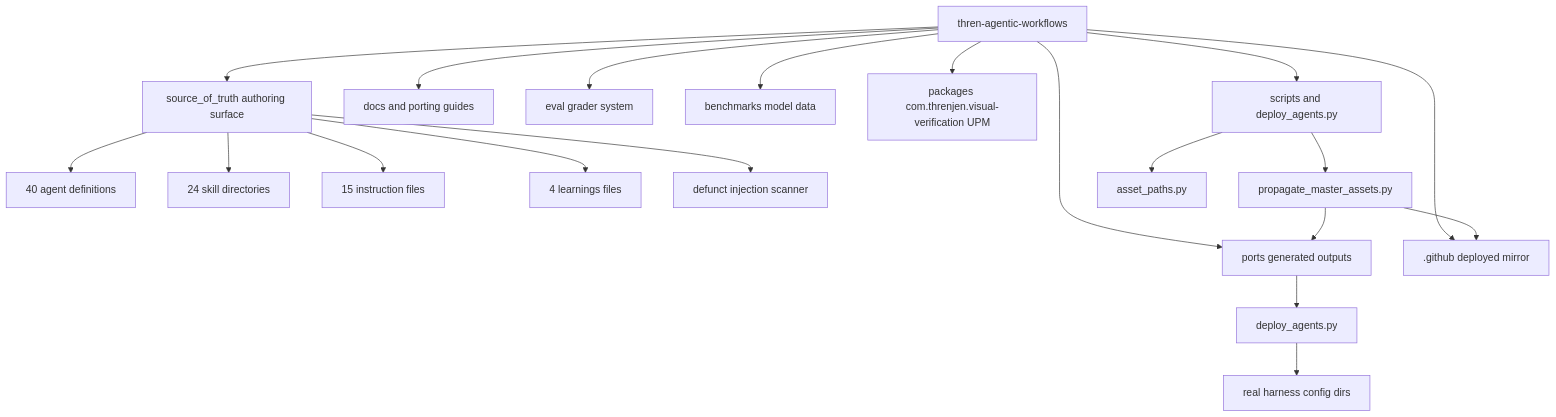
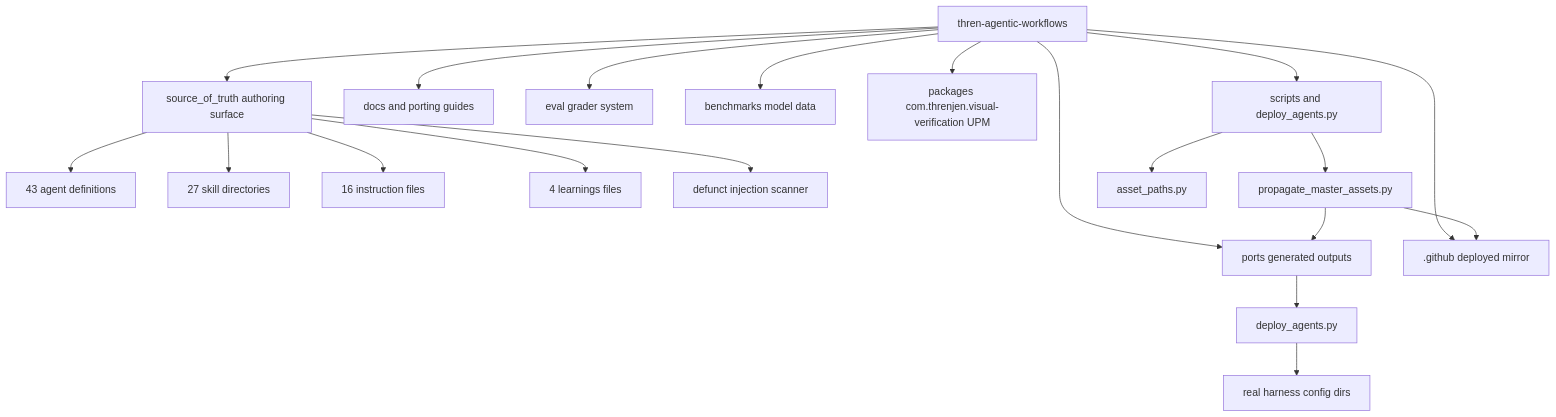
The first of 4 diagrams in docs/ARCHITECTURE.md (threnjen/thren-agentic-workflows), drawn with Mermaid before and after one commit. The commit also changed other lines of this file, not shown here.

Commit message:
docs: post-phase documentation sweep (architecture counts + engagement flow)

````diff
--- a/docs/ARCHITECTURE.md
+++ b/docs/ARCHITECTURE.md
@@ -23,26 +23,26 @@
 ```mermaid
 flowchart TD
     Root[thren-agentic-workflows]
 
     Root --> SOT[source_of_truth authoring surface]
     Root --> Ports[ports generated outputs]
     Root --> DotGithub[.github deployed mirror]
     Root --> Docs[docs and porting guides]
     Root --> Eval[eval grader system]
     Root --> Bench[benchmarks model data]
     Root --> Pkg[packages com.threnjen.visual-verification UPM]
     Root --> Scripts[scripts and deploy_agents.py]
 
-    SOT --> Agents[40 agent definitions]
-    SOT --> Skills[24 skill directories]
-    SOT --> Instructions[15 instruction files]
+    SOT --> Agents[43 agent definitions]
+    SOT --> Skills[27 skill directories]
+    SOT --> Instructions[16 instruction files]
     SOT --> Learnings[4 learnings files]
     SOT --> Hooks[defunct injection scanner]
 
     Scripts --> Propagate[propagate_master_assets.py]
     Scripts --> Shared[asset_paths.py]
     Propagate --> Ports
     Propagate --> DotGithub
     Deploy[deploy_agents.py] --> RealDirs[real harness config dirs]
     Ports --> Deploy
 ```
````
